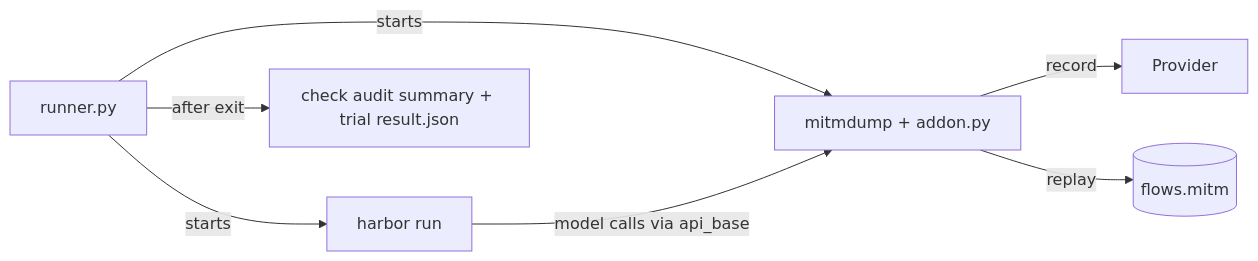
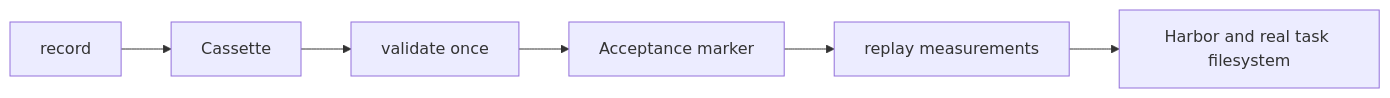
One commit to l05k/agent-mitm-replay changed the diagram in docs/design.md. Above: the diagram before and after it, drawn with Mermaid. The commit also changed other lines of this file and 12 other files, not shown here.

````diff
--- a/docs/design.md
+++ b/docs/design.md
@@ -5,9 +5,8 @@
 ```mermaid
 flowchart LR
-    R[runner.py] -->|starts| M[mitmdump + addon.py]
-    R -->|starts| H[harbor run]
-    H -->|model calls via api_base| M
-    M -->|record| U[Provider]
-    M -->|replay| C[(flows.mitm)]
-    R -->|after exit| V[check audit summary + trial result.json]
+    R[record] --> C[Cassette]
+    C --> V[validate once]
+    V --> A[Acceptance marker]
+    A --> M[replay measurements]
+    M --> H[Harbor and real task filesystem]
 ```
````
